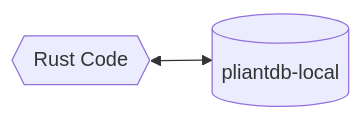
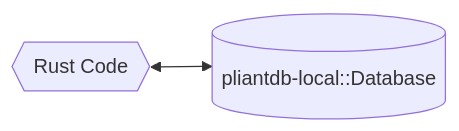
Before and after one commit to khonsulabs/bonsaidb: the first of 5 diagrams in book/src/about/access_models.md, drawn with Mermaid. The commit also changed other lines of this file and 28 other files, not shown here.

````diff
--- a/book/src/about/access_models.md
+++ b/book/src/about/access_models.md
@@ -7,6 +7,6 @@
 ```mermaid
 graph LR
   code{{Rust Code}}
-  local[(pliantdb-local)]
+  local[(pliantdb-local::Database)]
   code <--> local
 ```
````
